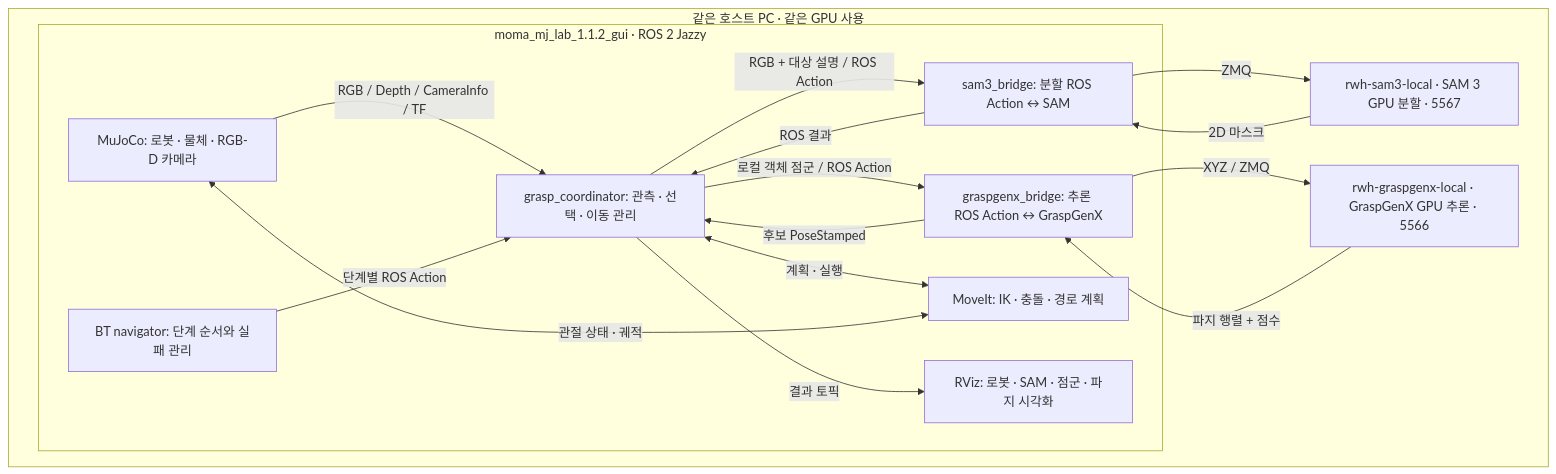
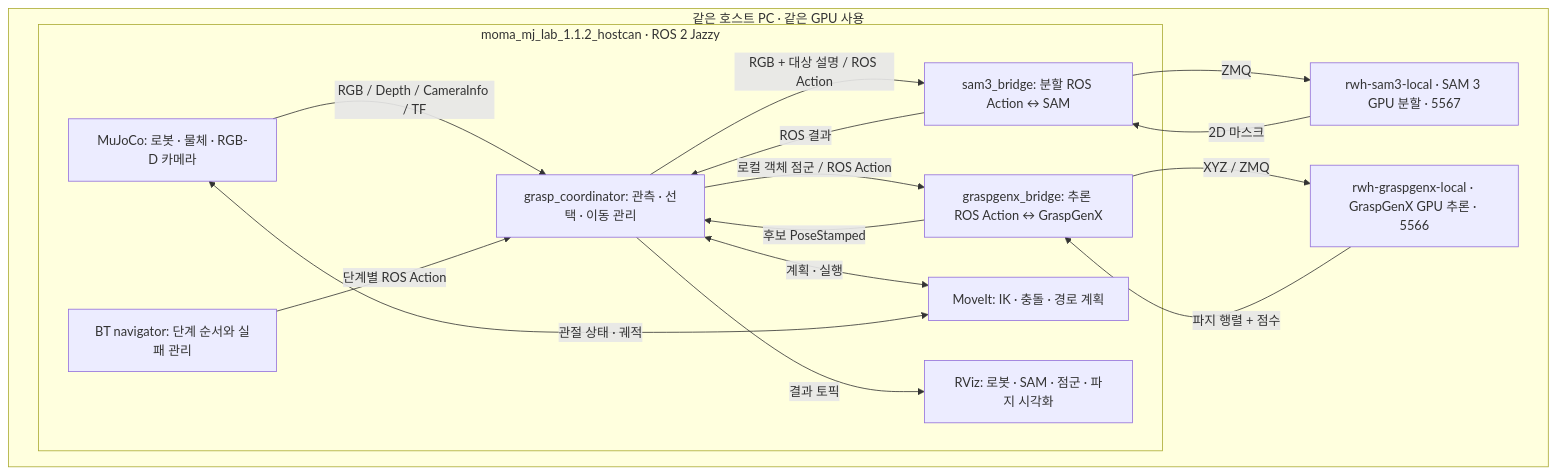
One commit to ggh-png/rwh_beyond changed the diagram in docs/project-overview.md. Above: the diagram before and after it, drawn with Mermaid. The commit also changed other lines of this file and 22 other files, not shown here.

````diff
--- a/docs/project-overview.md
+++ b/docs/project-overview.md
@@ -8,29 +8,29 @@
 ```mermaid
 flowchart TB
   subgraph HOST["같은 호스트 PC · 같은 GPU 사용"]
-    subgraph ROS["moma_mj_lab_1.1.2_gui · ROS 2 Jazzy"]
+    subgraph ROS["moma_mj_lab_1.1.2_hostcan · ROS 2 Jazzy"]
       SIM["MuJoCo: 로봇 · 물체 · RGB-D 카메라"]
       BT["BT navigator: 단계 순서와 실패 관리"]
       CO["grasp_coordinator: 관측 · 선택 · 이동 관리"]
       SB["sam3_bridge: 분할 ROS Action ↔ SAM"]
       BR["graspgenx_bridge: 추론 ROS Action ↔ GraspGenX"]
       MV["MoveIt: IK · 충돌 · 경로 계획"]
       RV["RViz: 로봇 · SAM · 점군 · 파지 시각화"]
     end
     SAM["rwh-sam3-local · SAM 3 GPU 분할 · 5567"]
     GX["rwh-graspgenx-local · GraspGenX GPU 추론 · 5566"]
   end
   SIM -->|RGB / Depth / CameraInfo / TF| CO
   BT -->|단계별 ROS Action| CO
   CO -->|RGB + 대상 설명 / ROS Action| SB
   SB -->|ZMQ| SAM
   SAM -->|2D 마스크| SB
   SB -->|ROS 결과| CO
   CO -->|로컬 객체 점군 / ROS Action| BR
   BR -->|XYZ / ZMQ| GX
   GX -->|파지 행렬 + 점수| BR
   BR -->|후보 PoseStamped| CO
   CO <-->|계획 · 실행| MV
   MV <-->|관절 상태 · 궤적| SIM
   CO -->|결과 토픽| RV
 ```
````
